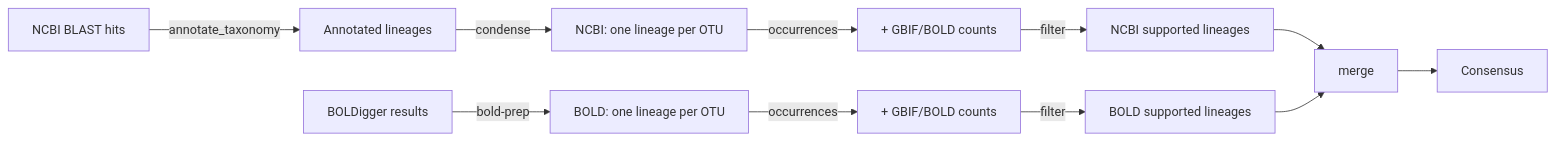
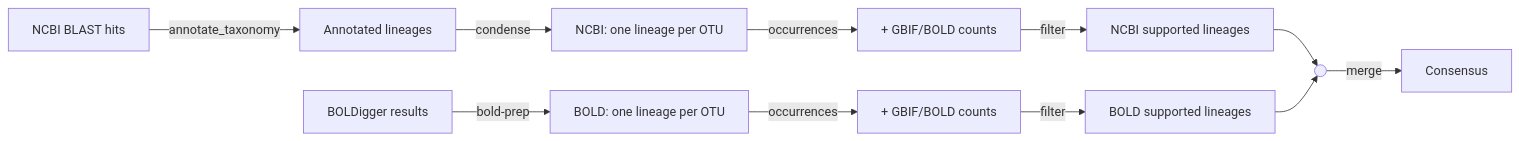
The diagram in README.md (sararsampaio/taxcord), drawn with Mermaid before and after one commit.

Commit message:
Show merge as a centered edge label via a branch junction
Both filtered branches converge on a small junction node, with merge as a
single edge label into Consensus, matching the occurrences/filter label style.

````diff
--- a/README.md
+++ b/README.md
@@ -19,15 +19,15 @@
 ```mermaid
 flowchart LR
     A[NCBI BLAST hits] -->|annotate_taxonomy| B[Annotated lineages]
     B -->|condense| C[NCBI: one lineage per OTU]
     C -->|occurrences| D[+ GBIF/BOLD counts]
     D -->|filter| E[NCBI supported lineages]
 
     A2[BOLDigger results] -->|bold-prep| C2[BOLD: one lineage per OTU]
     C2 -->|occurrences| D2[+ GBIF/BOLD counts]
     D2 -->|filter| E2[BOLD supported lineages]
 
-    E --> M[merge]
-    E2 --> M
-    M --> F[Consensus]
+    E --> J(( ))
+    E2 --> J(( ))
+    J -->|merge| F[Consensus]
 ```
````
